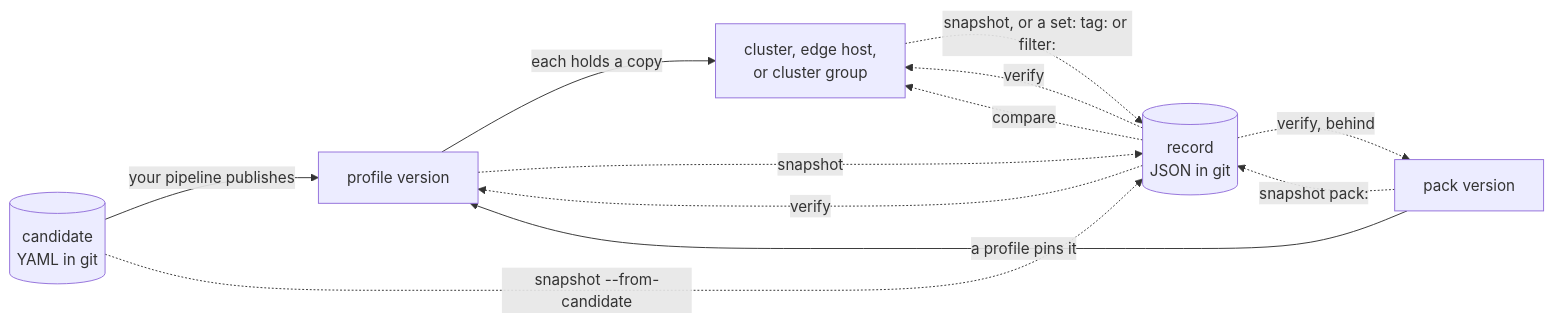
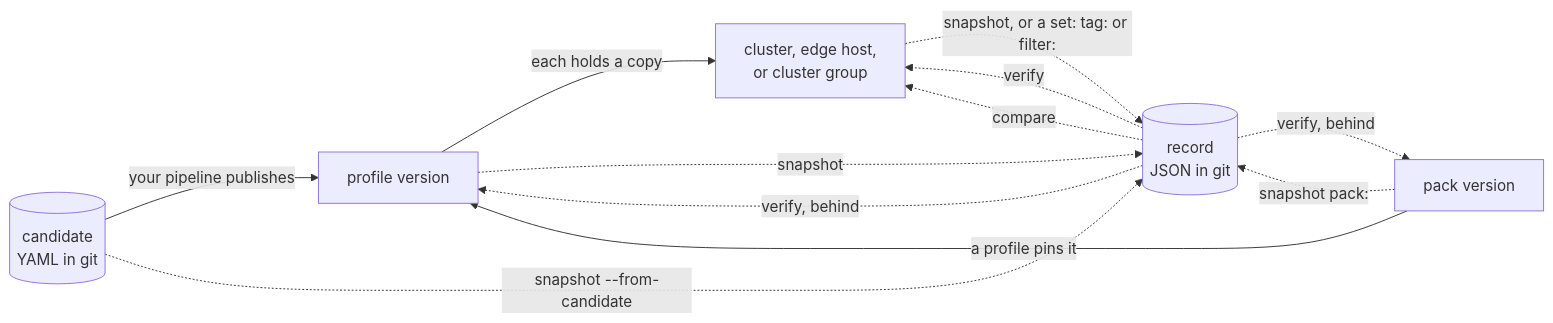
The diagram in docs/src/introduction.md (como-technologies/strata), drawn with Mermaid before and after one commit. The commit also changed other lines of this file and 48 other files, not shown here.

````diff
--- a/docs/src/introduction.md
+++ b/docs/src/introduction.md
@@ -50,19 +50,19 @@
 ```mermaid
 flowchart LR
   candidate[("candidate<br/>YAML in git")]
   record[("record<br/>JSON in git")]
   pack["pack version"]
   version["profile version"]
   cluster["cluster, edge host,<br/>or cluster group"]
   candidate -- "your pipeline publishes" --> version
   pack -- "a profile pins it" --> version
   version -- "each holds a copy" --> cluster
   candidate -. "snapshot --from-candidate" .-> record
   version -. "snapshot" .-> record
   cluster -. "snapshot, or a set: tag: or filter:" .-> record
   pack -. "snapshot pack:" .-> record
-  record -. "verify" .-> version
+  record -. "verify, behind" .-> version
   record -. "verify" .-> cluster
   record -. "verify, behind" .-> pack
   record -. "compare" .-> cluster
 ```
````
